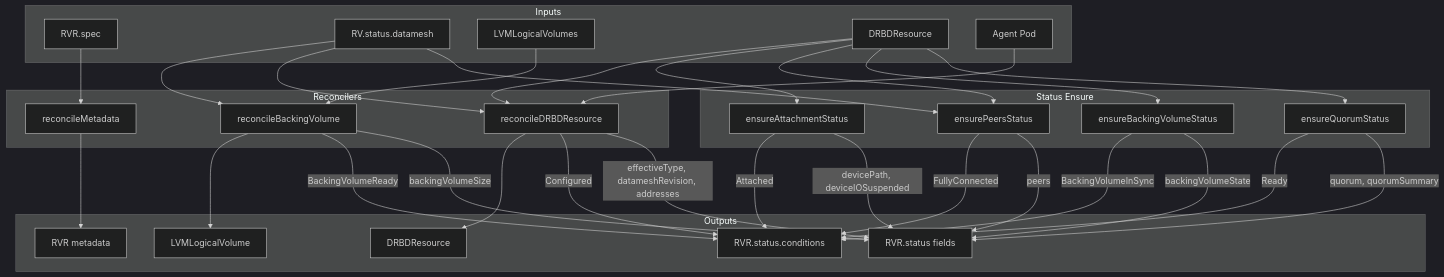
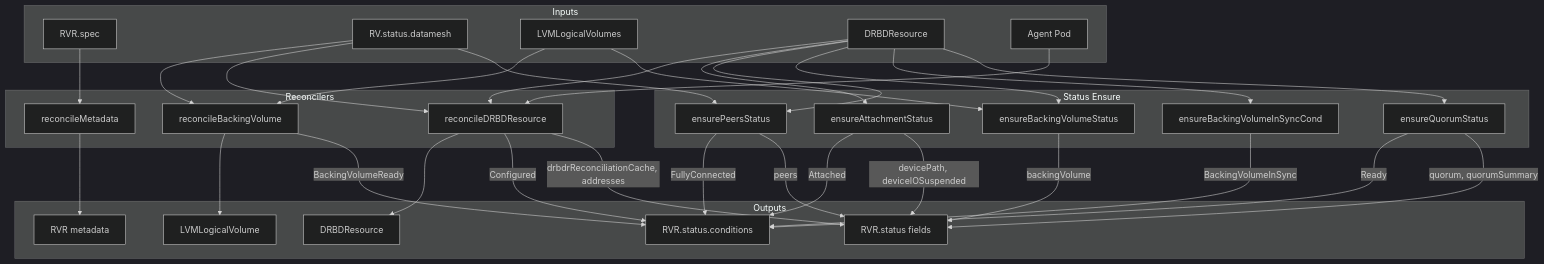
The second of 10 diagrams in images/controller/internal/controllers/rvr_controller/README.md (deckhouse/sds-replicated-volume), drawn with Mermaid (dark theme) before and after one commit. The commit also changed other lines of this file and 7 other files, not shown here.

First line of the commit message:
[rvr-controller] Add actual backing volume metadata to RVR status

````diff
--- a/images/controller/internal/controllers/rvr_controller/README.md
+++ b/images/controller/internal/controllers/rvr_controller/README.md
@@ -405,61 +425,63 @@
 ```mermaid
 flowchart TD
     subgraph inputs [Inputs]
         RVRSpec[RVR.spec]
         RVStatus[RV.status.datamesh]
         LLVs[LVMLogicalVolumes]
         DRBDR[DRBDResource]
         AgentPod[Agent Pod]
     end
 
     subgraph reconcilers [Reconcilers]
         ReconcileMeta[reconcileMetadata]
         ReconcileBV[reconcileBackingVolume]
         ReconcileDRBD[reconcileDRBDResource]
     end
 
     subgraph statusEnsure [Status Ensure]
         EnsureAttach[ensureAttachmentStatus]
         EnsurePeers[ensurePeersStatus]
         EnsureBVStatus[ensureBackingVolumeStatus]
+        EnsureBVInSync[ensureBackingVolumeInSyncCond]
         EnsureQuorum[ensureQuorumStatus]
     end
 
     subgraph outputs [Outputs]
         RVRMeta[RVR metadata]
         RVRStatusConds[RVR.status.conditions]
         RVRStatusFields[RVR.status fields]
         LLVManaged[LVMLogicalVolume]
         DRBDRManaged[DRBDResource]
     end
 
     RVRSpec --> ReconcileMeta
     RVStatus --> ReconcileBV
     RVStatus --> ReconcileDRBD
     LLVs --> ReconcileBV
     DRBDR --> ReconcileDRBD
     AgentPod --> ReconcileDRBD
 
     ReconcileMeta --> RVRMeta
     ReconcileBV --> LLVManaged
     ReconcileBV -->|BackingVolumeReady| RVRStatusConds
-    ReconcileBV -->|backingVolumeSize| RVRStatusFields
     ReconcileDRBD --> DRBDRManaged
     ReconcileDRBD -->|Configured| RVRStatusConds
-    ReconcileDRBD -->|effectiveType, datameshRevision, addresses| RVRStatusFields
+    ReconcileDRBD -->|drbdrReconciliationCache, addresses| RVRStatusFields
 
     DRBDR --> EnsureAttach
     DRBDR --> EnsurePeers
     DRBDR --> EnsureBVStatus
+    DRBDR --> EnsureBVInSync
     DRBDR --> EnsureQuorum
     RVStatus --> EnsurePeers
+    LLVs --> EnsureBVStatus
 
     EnsureAttach -->|Attached| RVRStatusConds
     EnsureAttach -->|devicePath, deviceIOSuspended| RVRStatusFields
     EnsurePeers -->|FullyConnected| RVRStatusConds
     EnsurePeers -->|peers| RVRStatusFields
-    EnsureBVStatus -->|BackingVolumeInSync| RVRStatusConds
-    EnsureBVStatus -->|backingVolumeState| RVRStatusFields
+    EnsureBVStatus -->|backingVolume| RVRStatusFields
+    EnsureBVInSync -->|BackingVolumeInSync| RVRStatusConds
     EnsureQuorum -->|Ready| RVRStatusConds
     EnsureQuorum -->|quorum, quorumSummary| RVRStatusFields
 ```
````
